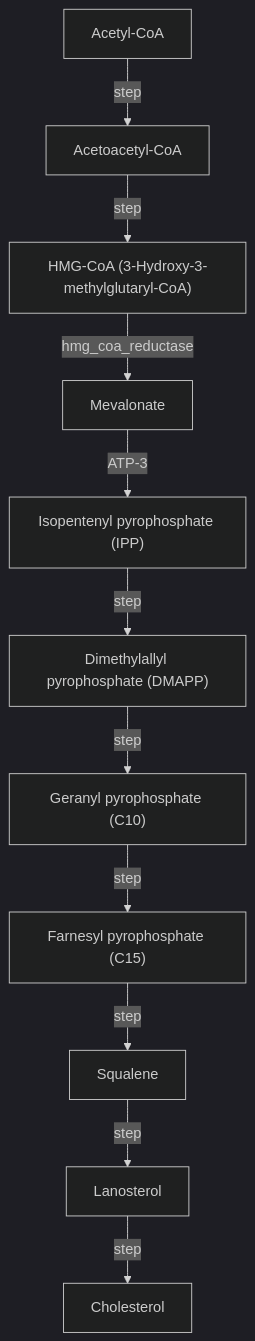
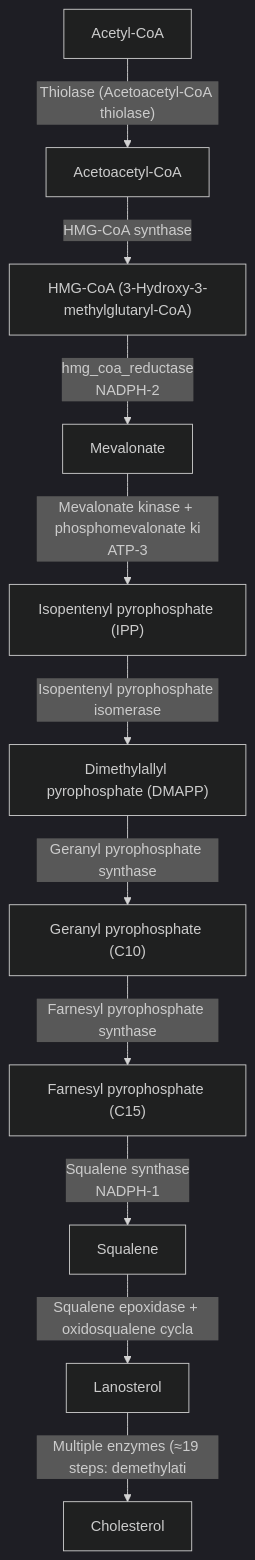
One commit to murffious/biology_as_code changed the diagram in src/biology_as_code/pathways/packs/cholesterol_biosynthesis/pathway.mermaid. Above: the diagram before and after it, drawn with Mermaid (dark theme). The commit also changed 23 other files, not shown here.

Commit message:
refactor: standardize metabolic cofactor sign conventions, update pathway diagrams, and consolidate type definitions.

```diff
--- a/src/biology_as_code/pathways/packs/cholesterol_biosynthesis/pathway.mermaid
+++ b/src/biology_as_code/pathways/packs/cholesterol_biosynthesis/pathway.mermaid
@@ -1,24 +1,24 @@
 flowchart TD
   %% Auto-generated from registry pathway: cholesterol_biosynthesis
   %% Do not hand-edit; re-run scripts/export_pathway_packs.py
   acetyl_coa["Acetyl-CoA"]
   acetoacetyl_coa["Acetoacetyl-CoA"]
   hmg_coa["HMG-CoA (3-Hydroxy-3-methylglutaryl-CoA)"]
   mevalonate["Mevalonate"]
   ipp["Isopentenyl pyrophosphate (IPP)"]
   dmap["Dimethylallyl pyrophosphate (DMAPP)"]
   geranyl_pp["Geranyl pyrophosphate (C10)"]
   farnesyl_pp["Farnesyl pyrophosphate (C15)"]
   squalene["Squalene"]
   lanosterol["Lanosterol"]
   cholesterol["Cholesterol"]
-  acetyl_coa -->|"step"| acetoacetyl_coa
-  acetoacetyl_coa -->|"step"| hmg_coa
-  hmg_coa -->|"hmg_coa_reductase"| mevalonate
-  mevalonate -->|"ATP-3"| ipp
-  ipp -->|"step"| dmap
-  dmap -->|"step"| geranyl_pp
-  geranyl_pp -->|"step"| farnesyl_pp
-  farnesyl_pp -->|"step"| squalene
-  squalene -->|"step"| lanosterol
-  lanosterol -->|"step"| cholesterol
+  acetyl_coa -->|"Thiolase (Acetoacetyl-CoA thiolase)"| acetoacetyl_coa
+  acetoacetyl_coa -->|"HMG-CoA synthase"| hmg_coa
+  hmg_coa -->|"hmg_coa_reductase<br/>NADPH-2"| mevalonate
+  mevalonate -->|"Mevalonate kinase + phosphomevalonate ki<br/>ATP-3"| ipp
+  ipp -->|"Isopentenyl pyrophosphate isomerase"| dmap
+  dmap -->|"Geranyl pyrophosphate synthase"| geranyl_pp
+  geranyl_pp -->|"Farnesyl pyrophosphate synthase"| farnesyl_pp
+  farnesyl_pp -->|"Squalene synthase<br/>NADPH-1"| squalene
+  squalene -->|"Squalene epoxidase + oxidosqualene cycla"| lanosterol
+  lanosterol -->|"Multiple enzymes (≈19 steps: demethylati"| cholesterol
```
